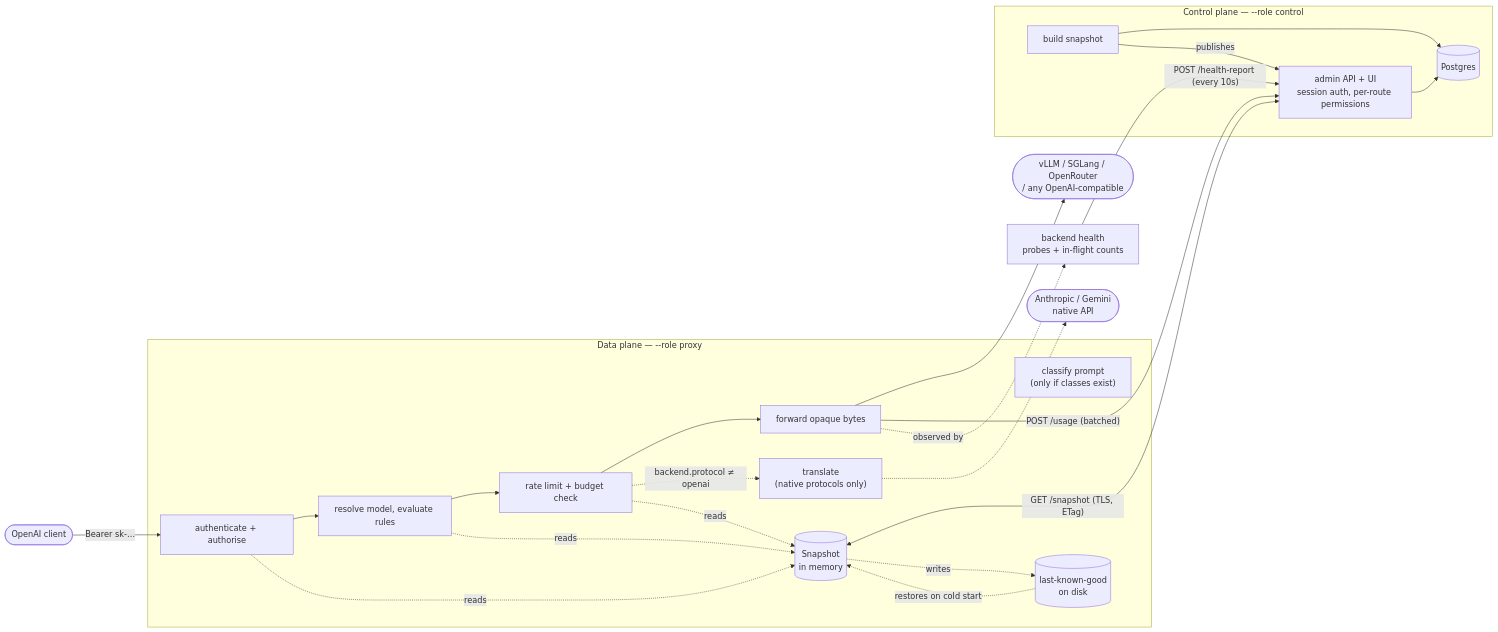
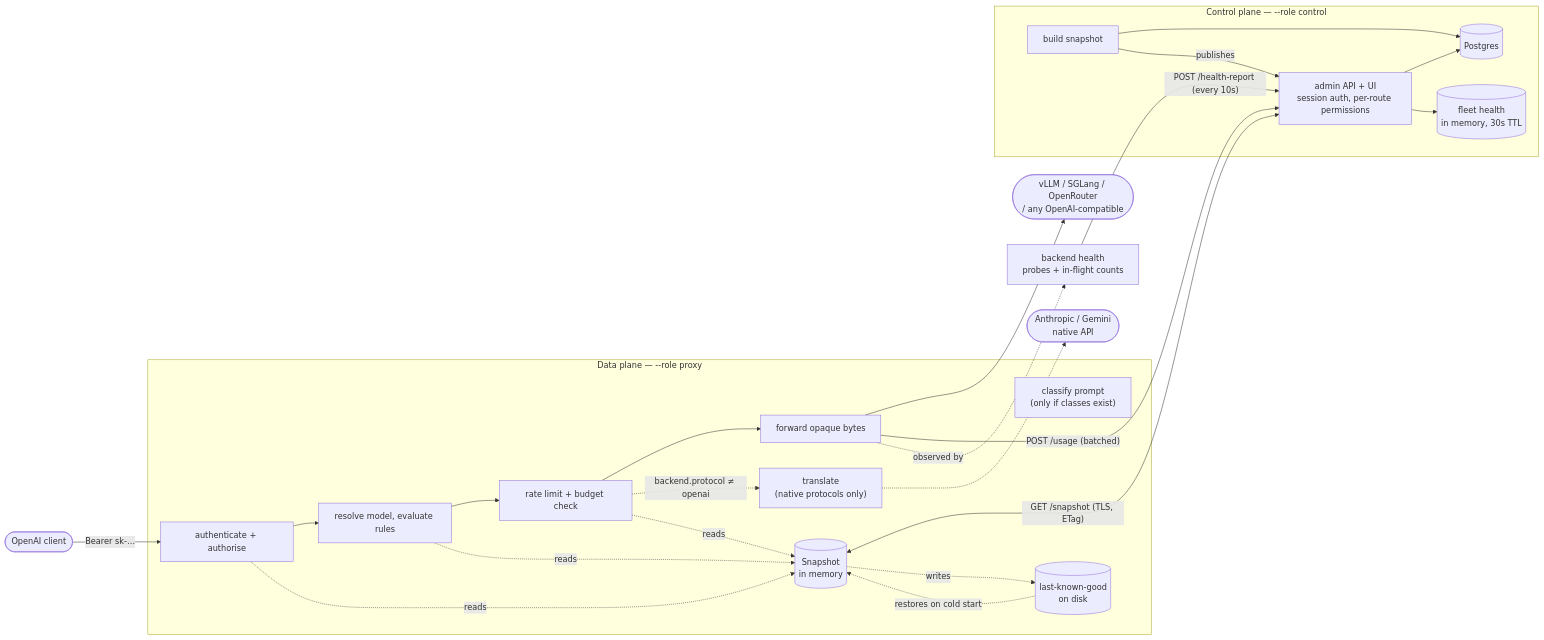
The first of 3 diagrams in docs/architecture.md (azrtydxb/Fastllm-proxy), drawn with Mermaid before and after one commit. The commit also changed 31 other files, not shown here.

````diff
--- a/docs/architecture.md
+++ b/docs/architecture.md
@@ -13,40 +13,42 @@
 ```mermaid
 flowchart LR
     client([OpenAI client])
 
     subgraph dp["Data plane — --role proxy"]
         auth[authenticate + authorise]
         classify["classify prompt<br/>(only if classes exist)"]
         route[resolve model, evaluate rules]
         limit[rate limit + budget check]
         fwd[forward opaque bytes]
         xlate["translate<br/>(native protocols only)"]
         snap[(Snapshot<br/>in memory)]
         cache[(last-known-good<br/>on disk)]
     end
 
     subgraph cp["Control plane — --role control"]
         admin["admin API + UI<br/>session auth, per-route permissions"]
+        fleetstore[("fleet health<br/>in memory, 30s TTL")]
         build[build snapshot]
         pg[(Postgres)]
     end
 
     backend([vLLM / SGLang / OpenRouter<br/>/ any OpenAI-compatible])
 
     client -->|"Bearer sk-…"| auth --> route --> limit --> fwd --> backend
     limit -.->|"backend.protocol ≠ openai"| xlate
     xlate -.-> native([Anthropic / Gemini<br/>native API])
     auth -.reads.-> snap
     route -.reads.-> snap
     limit -.reads.-> snap
 
     admin --> pg
     build --> pg
     build -->|publishes| admin
     snap <-->|"GET /snapshot (TLS, ETag)"| admin
     snap -.writes.-> cache
     cache -.restores on cold start.-> snap
     fwd -->|"POST /usage (batched)"| admin
     health["backend health<br/>probes + in-flight counts"] -->|"POST /health-report (every 10s)"| admin
+    admin --> fleetstore
     fwd -.observed by.-> health
 ```
````
